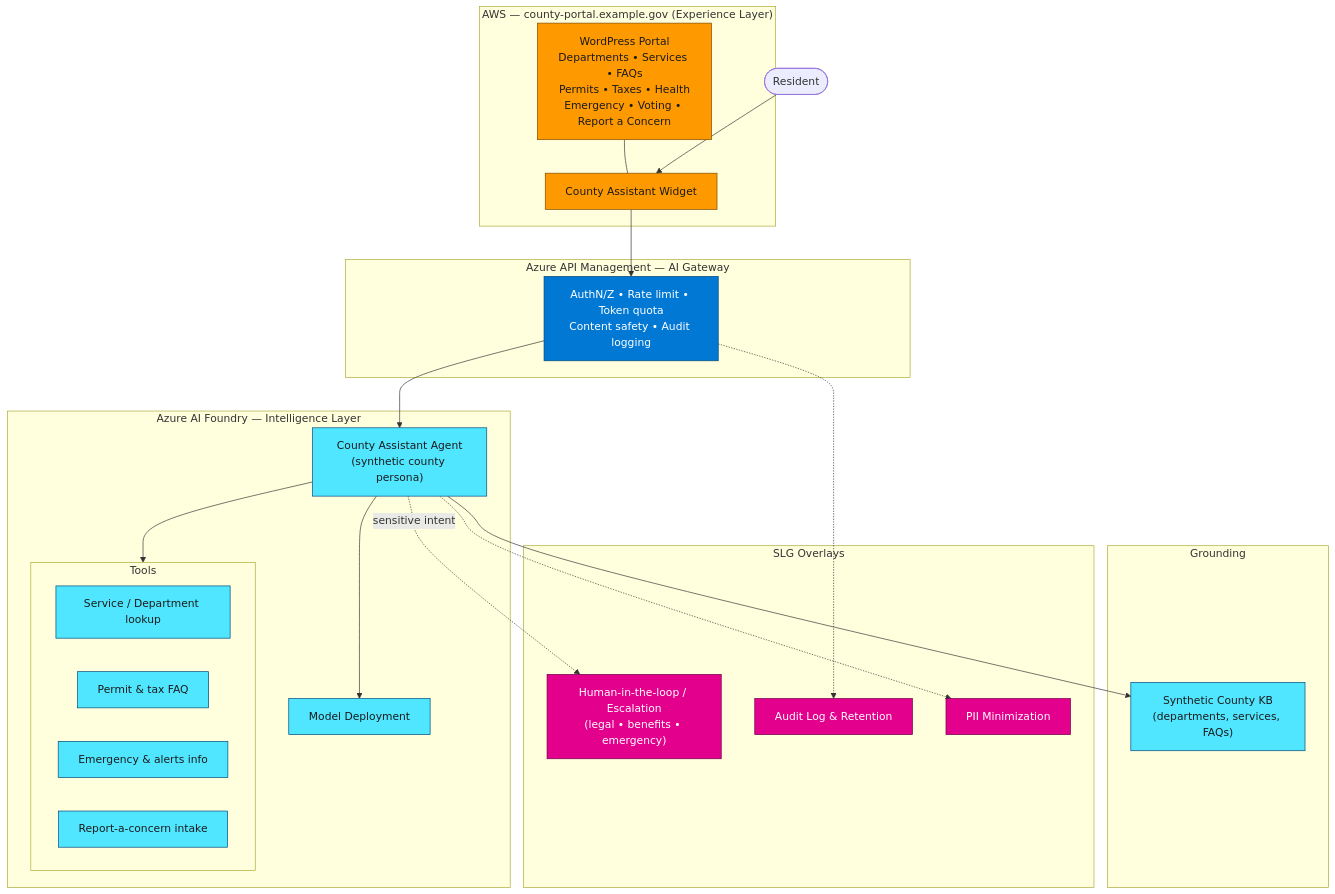
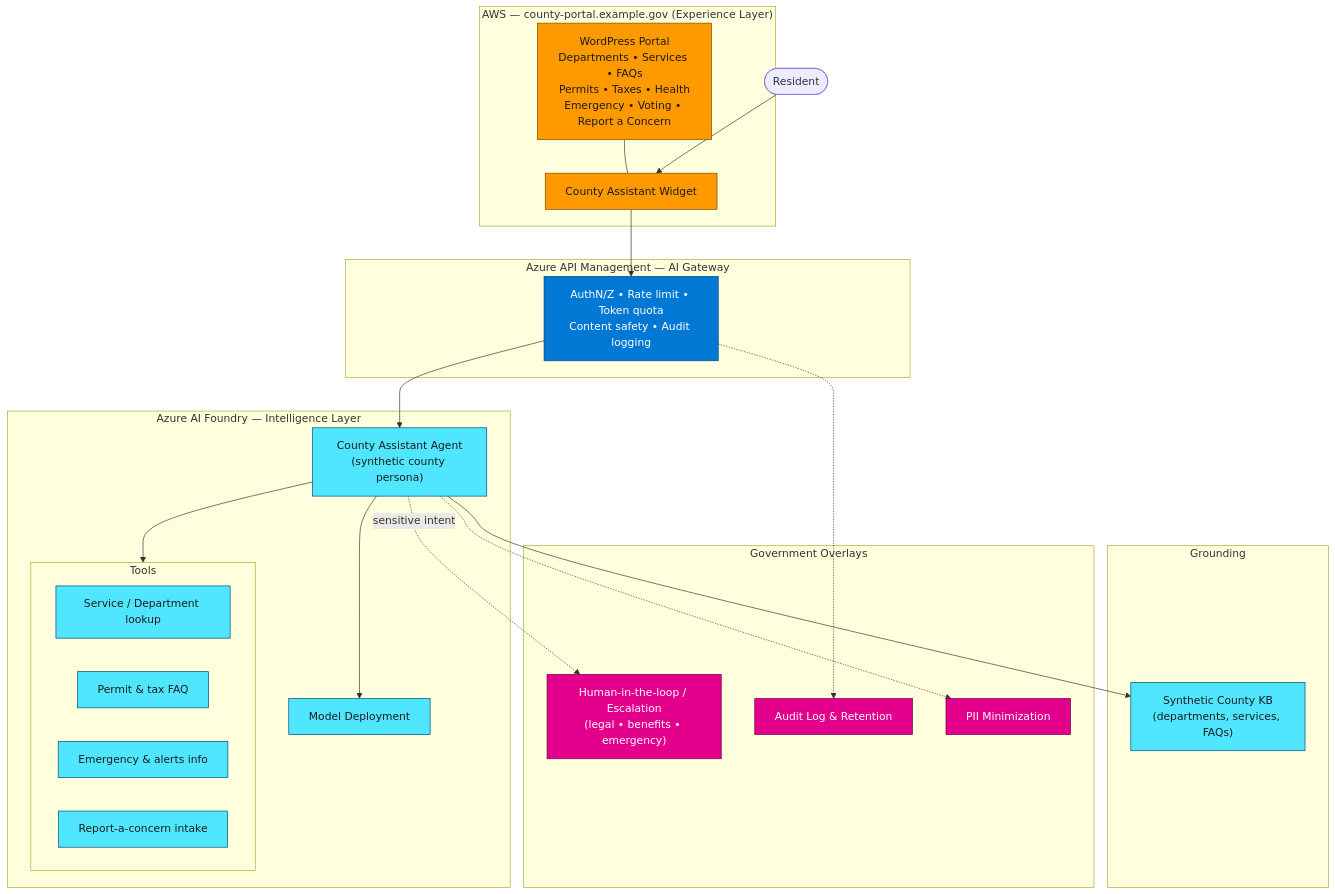
The third of 4 diagrams in docs/reference-architecture.md (honestypugh2/wordpress-chatbot), drawn with Mermaid before and after one commit. The commit also changed other lines of this file and 15 other files, not shown here.

Commit message:
Sanitize docs/code: remove SLED/SLG and real customer domain; use generic 'government'/'Customer' wording; rename security overlays doc

````diff
--- a/docs/reference-architecture.md
+++ b/docs/reference-architecture.md
@@ -135,53 +135,53 @@
 ```mermaid
 flowchart TB
     user([Resident])
 
     subgraph AWS["AWS — county-portal.example.gov (Experience Layer)"]
         wp["WordPress Portal<br/>Departments • Services • FAQs<br/>Permits • Taxes • Health<br/>Emergency • Voting • Report a Concern"]
         widget["County Assistant Widget"]
         wp --- widget
     end
 
     subgraph GATEWAY["Azure API Management — AI Gateway"]
         apim["AuthN/Z • Rate limit • Token quota<br/>Content safety • Audit logging"]
     end
 
     subgraph BRAIN["Azure AI Foundry — Intelligence Layer"]
         agent["County Assistant Agent<br/>(synthetic county persona)"]
         model["Model Deployment"]
         subgraph TOOLS["Tools"]
             t1["Service / Department lookup"]
             t2["Permit & tax FAQ"]
             t3["Emergency & alerts info"]
             t4["Report-a-concern intake"]
         end
     end
 
     subgraph GROUND["Grounding"]
         kb["Synthetic County KB<br/>(departments, services, FAQs)"]
     end
 
-    subgraph OVERLAY["SLG Overlays"]
+    subgraph OVERLAY["Government Overlays"]
         esc["Human-in-the-loop / Escalation<br/>(legal • benefits • emergency)"]
         audit["Audit Log & Retention"]
         pii["PII Minimization"]
     end
 
     user --> widget --> apim --> agent
     agent --> model
     agent --> TOOLS
     agent --> kb
     agent -. sensitive intent .-> esc
     apim -.-> audit
     agent -.-> pii
 
     classDef aws fill:#FF9900,stroke:#7a4900,color:#1b1b1b;
     classDef azure fill:#0078D4,stroke:#004578,color:#ffffff;
     classDef foundry fill:#50E6FF,stroke:#004578,color:#1b1b1b;
     classDef overlay fill:#E3008C,stroke:#6e0044,color:#ffffff;
     class wp,widget aws;
     class apim azure;
     class agent,model,t1,t2,t3,t4 foundry;
     class kb foundry;
     class esc,audit,pii overlay;
 ```
````
